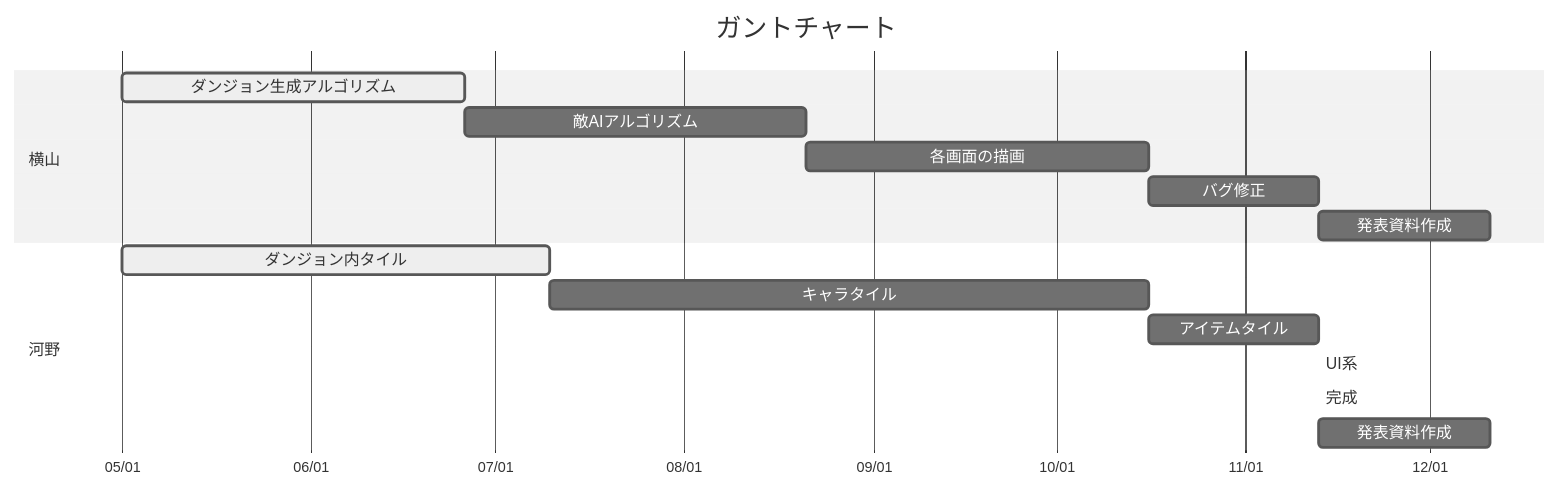
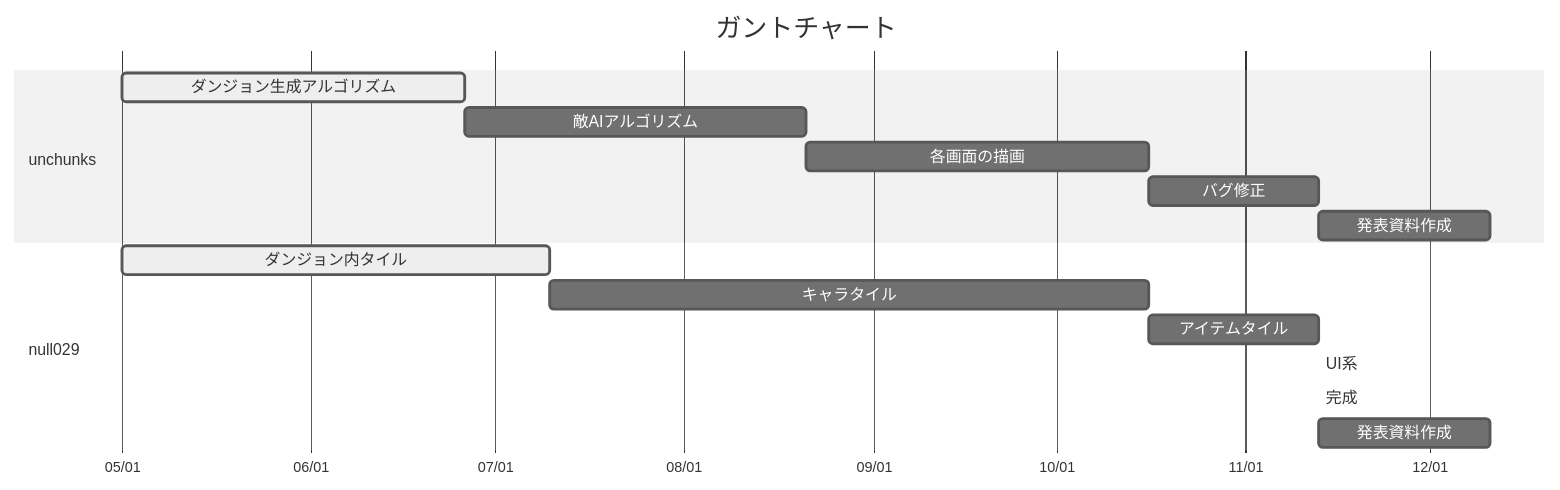
Before and after one commit to unchunks/Rogue: the diagram in README.md, drawn with Mermaid (neutral theme).

````diff
--- a/README.md
+++ b/README.md
@@ -13,21 +13,21 @@
 ```mermaid
 gantt
 title ガントチャート
 dateFormat MM/DD
 axisFormat %m/%d
 
-section 横山
+section unchunks
 ダンジョン生成アルゴリズム: active, y1, 05/01, 8w
 敵AIアルゴリズム: y2, after y1, 8w
 各画面の描画: y3, after y2, 8w
 バグ修正: y4, after y3, 4w
 発表資料作成: after y4, 4w
 
-section 河野
+section null029
 ダンジョン内タイル: active, k1, 05/01, 10w
 キャラタイル: k2, after k1, 14w
 アイテムタイル: k3, after k2, 4w
 UI系: k4, after k3, 0w
 完成: k5, after k4, 0w
 発表資料作成: after k5, 4w
 ```
````
